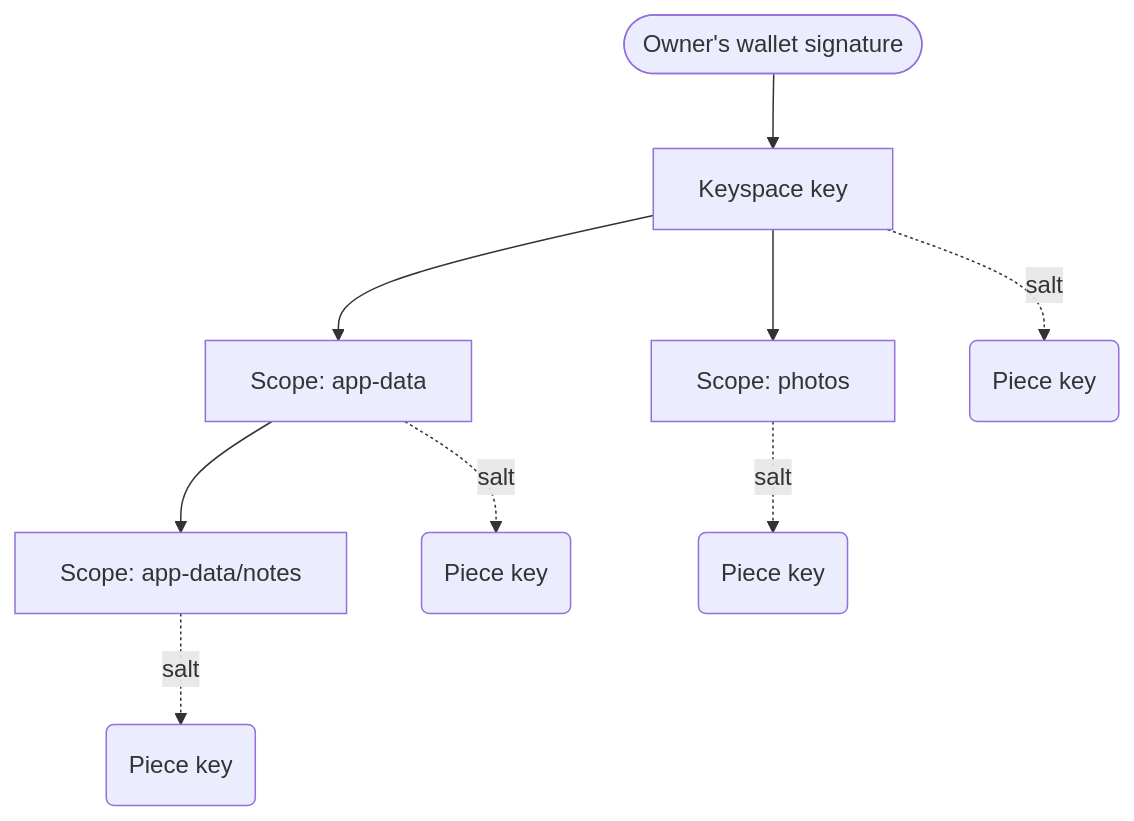
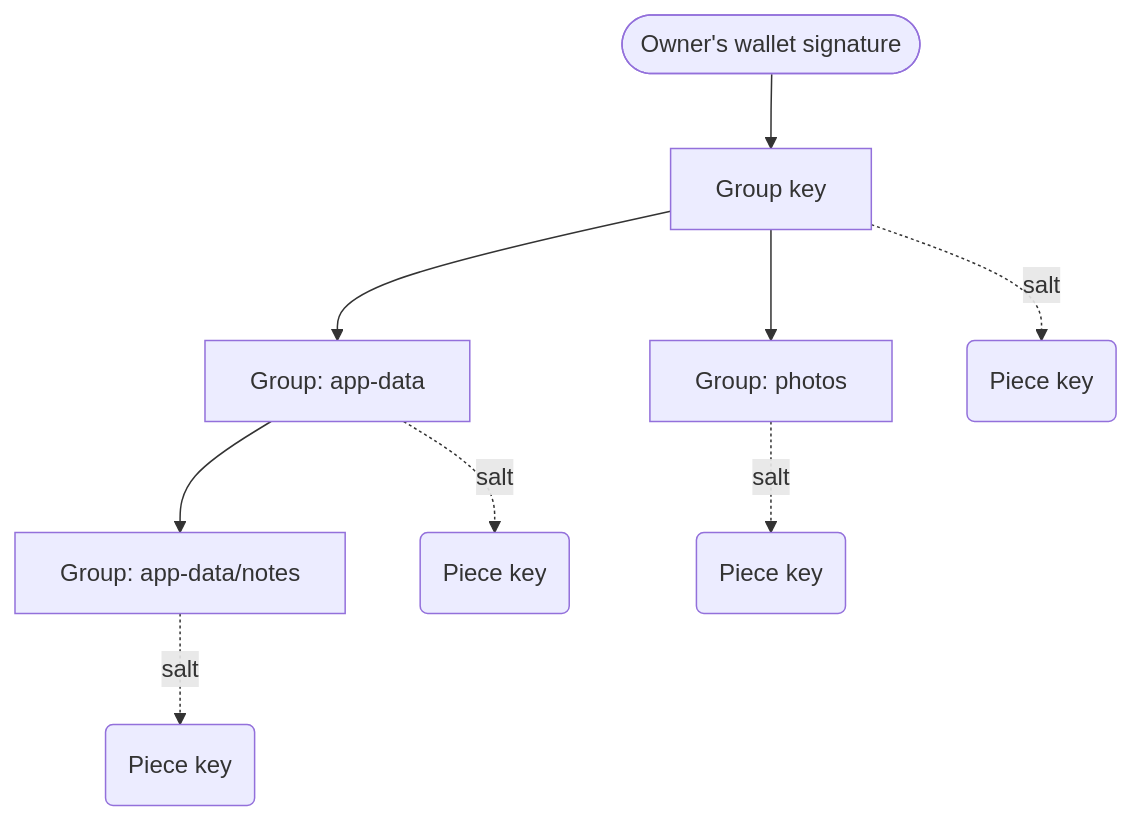
The diagram in docs/src/content/docs/developer-guides/encryption/keysmith-encryption-keys.mdx (FilOzone/synapse-sdk), drawn with Mermaid before and after one commit. The commit also changed other lines of this file and 15 other files, not shown here.

Commit message:
feat(keysmith)!: rename keyspace to group key and scope to group

````diff
--- a/docs/src/content/docs/developer-guides/encryption/keysmith-encryption-keys.mdx
+++ b/docs/src/content/docs/developer-guides/encryption/keysmith-encryption-keys.mdx
@@ -34,11 +34,11 @@
 ```mermaid
 graph TD
-    W(["Owner's wallet signature"]) --> KK["Keyspace key"]
-    KK --> S1["Scope: app-data"]
-    KK --> S2["Scope: photos"]
+    W(["Owner's wallet signature"]) --> KK["Group key"]
+    KK --> S1["Group: app-data"]
+    KK --> S2["Group: photos"]
     KK -. salt .-> P0("Piece key")
-    S1 --> S3["Scope: app-data/notes"]
+    S1 --> S3["Group: app-data/notes"]
     S1 -. salt .-> P1("Piece key")
     S2 -. salt .-> P2("Piece key")
     S3 -. salt .-> P3("Piece key")
 ```
````
